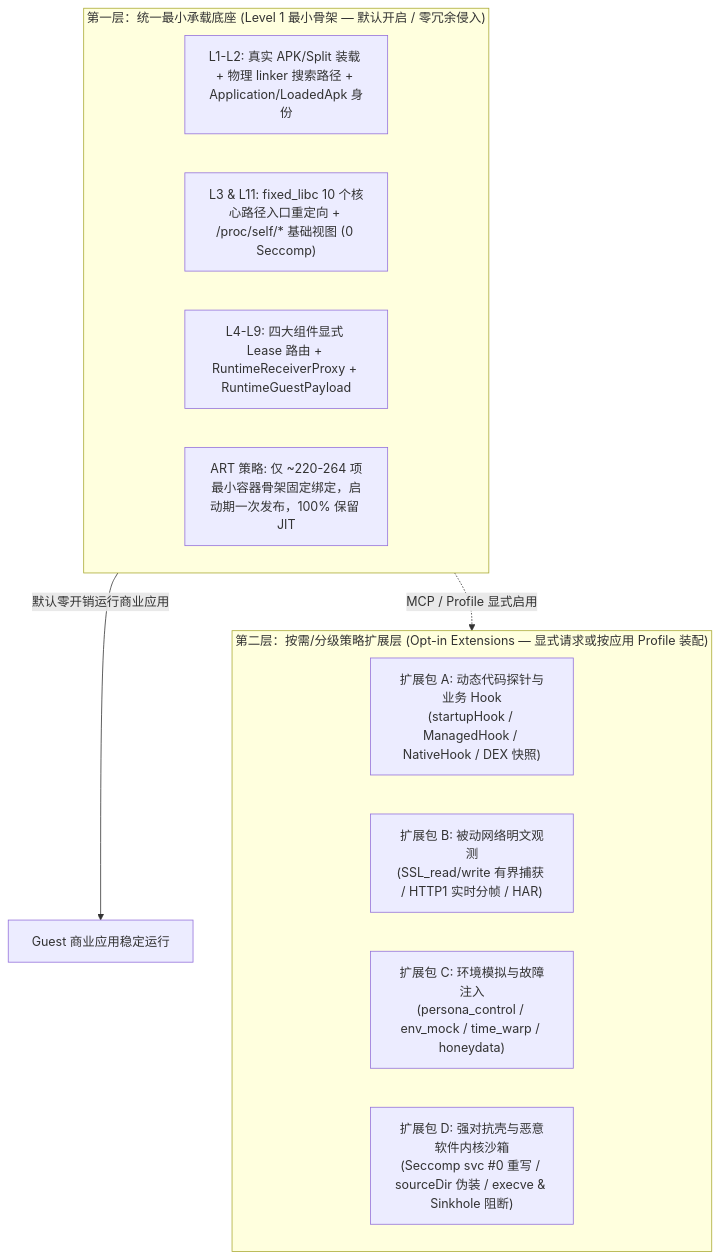
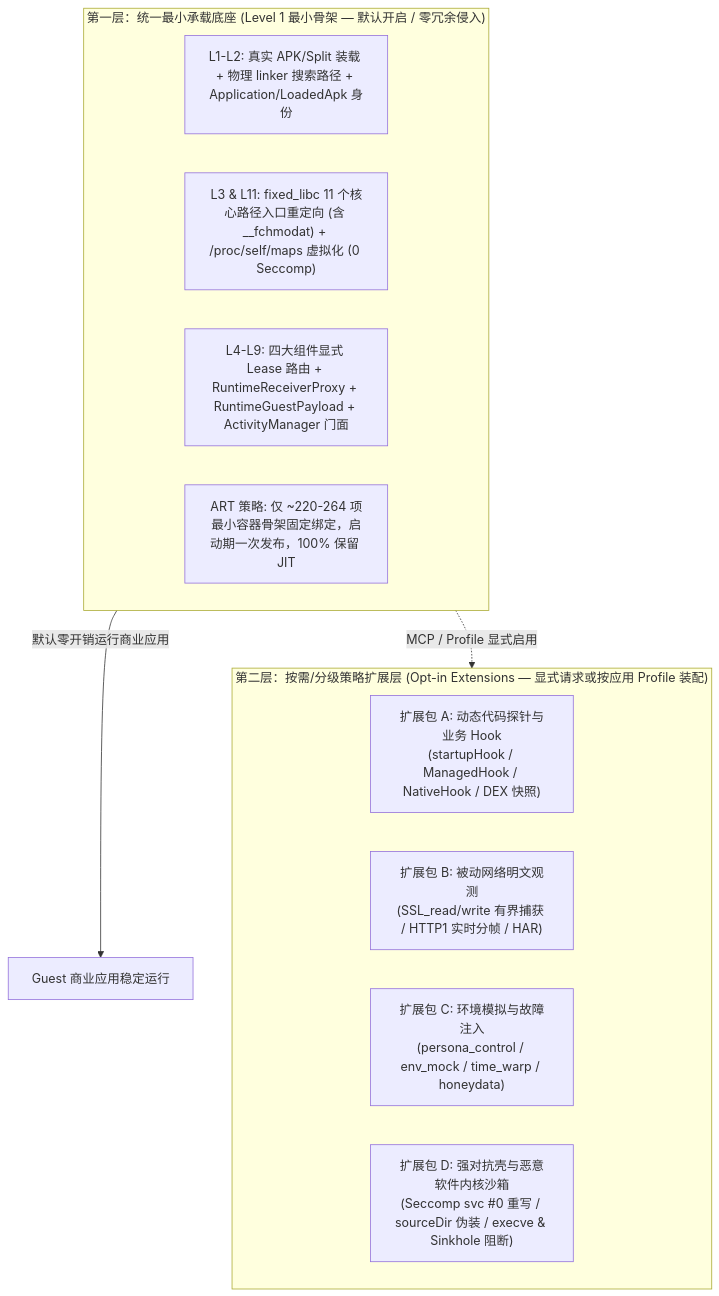
The diagram in docs/implementation-plan.md (o0x1024/tripoder), drawn with Mermaid before and after one commit. The commit also changed other lines of this file and 152 other files, not shown here.

````diff
--- a/docs/implementation-plan.md
+++ b/docs/implementation-plan.md
@@ -22,19 +22,19 @@
 ```mermaid
 flowchart TD
     subgraph Base["第一层：统一最小承载底座 (Level 1 最小骨架 — 默认开启 / 零冗余侵入)"]
         B1["L1-L2: 真实 APK/Split 装载 + 物理 linker 搜索路径 + Application/LoadedApk 身份"]
-        B2["L3 & L11: fixed_libc 10 个核心路径入口重定向 + /proc/self/* 基础视图 (0 Seccomp)"]
-        B3["L4-L9: 四大组件显式 Lease 路由 + RuntimeReceiverProxy + RuntimeGuestPayload"]
+        B2["L3 & L11: fixed_libc 11 个核心路径入口重定向 (含 __fchmodat) + /proc/self/maps 虚拟化 (0 Seccomp)"]
+        B3["L4-L9: 四大组件显式 Lease 路由 + RuntimeReceiverProxy + RuntimeGuestPayload + ActivityManager 门面"]
         B4["ART 策略: 仅 ~220-264 项最小容器骨架固定绑定，启动期一次发布，100% 保留 JIT"]
     end
 
     subgraph OptIn["第二层：按需/分级策略扩展层 (Opt-in Extensions — 显式请求或按应用 Profile 装配)"]
         E1["扩展包 A: 动态代码探针与业务 Hook\n(startupHook / ManagedHook / NativeHook / DEX 快照)"]
         E2["扩展包 B: 被动网络明文观测\n(SSL_read/write 有界捕获 / HTTP1 实时分帧 / HAR)"]
         E3["扩展包 C: 环境模拟与故障注入\n(persona_control / env_mock / time_warp / honeydata)"]
         E4["扩展包 D: 强对抗壳与恶意软件内核沙箱\n(Seccomp svc #0 重写 / sourceDir 伪装 / execve & Sinkhole 阻断)"]
     end
 
     Base -->|"默认零开销运行商业应用"| App["Guest 商业应用稳定运行"]
     Base -.->|"MCP / Profile 显式启用"| OptIn
 ```
````
